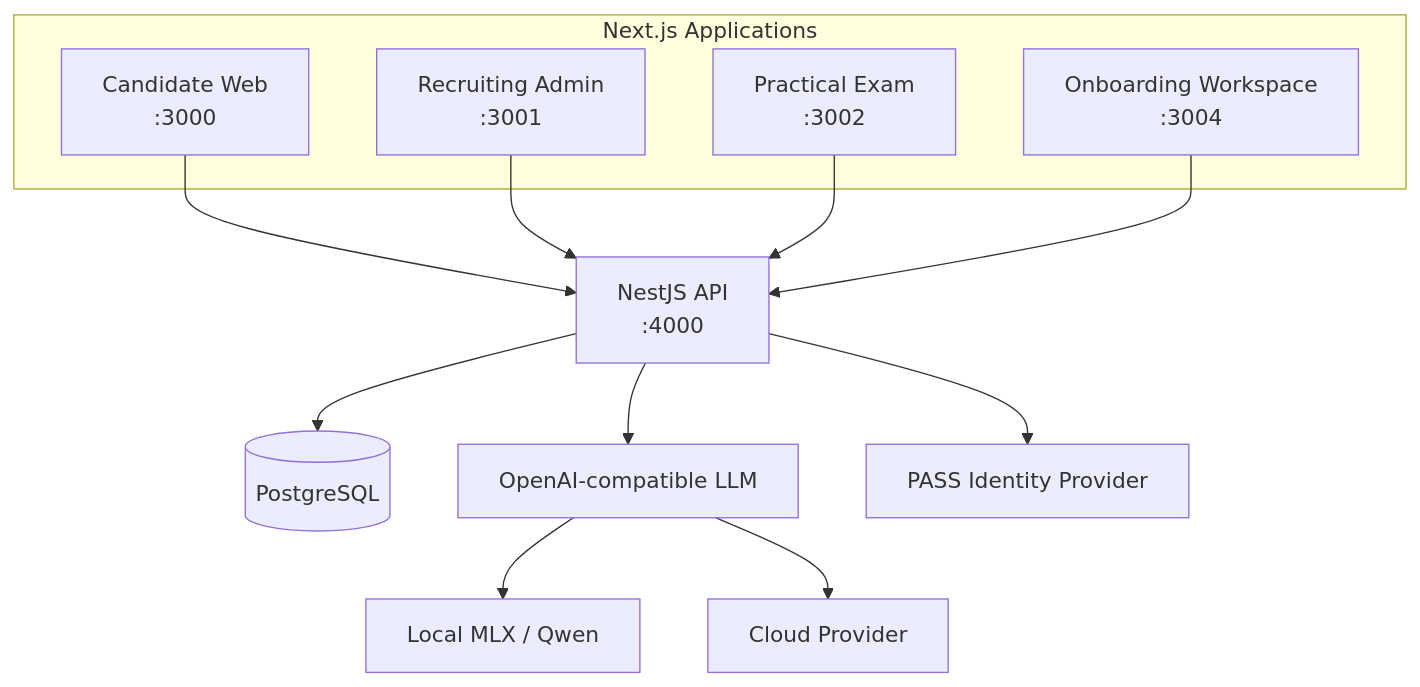
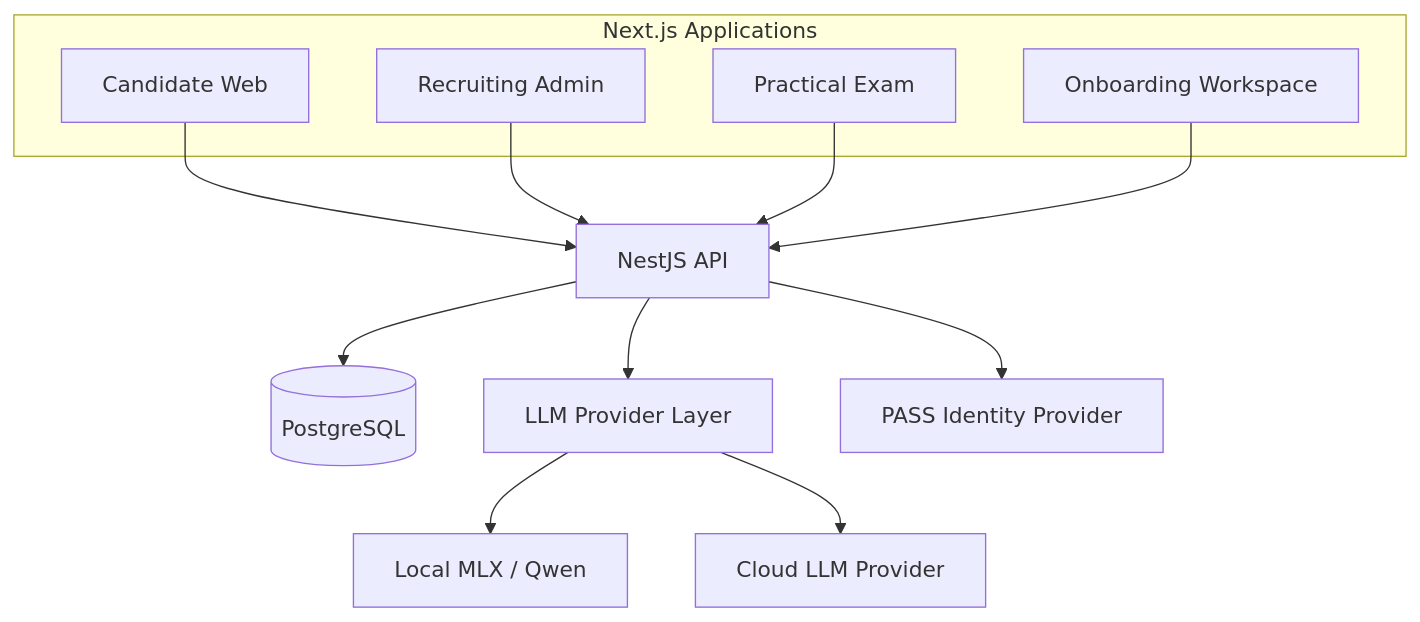
The second of 3 diagrams in README.md (innon0842/Relay_AI), drawn with Mermaid before and after one commit. The commit also changed other lines of this file, not shown here.

````diff
--- a/README.md
+++ b/README.md
@@ -74,20 +160,21 @@
 ```mermaid
 flowchart TB
     subgraph Web[Next.js Applications]
-      C[Candidate Web\n:3000]
-      A[Recruiting Admin\n:3001]
-      E[Practical Exam\n:3002]
-      O[Onboarding Workspace\n:3004]
+      C[Candidate Web]
+      A[Recruiting Admin]
+      E[Practical Exam]
+      O[Onboarding Workspace]
     end
 
     C --> API
     A --> API
     E --> API
     O --> API
 
-    API[NestJS API\n:4000] --> DB[(PostgreSQL)]
-    API --> LLM[OpenAI-compatible LLM]
+    API[NestJS API] --> DB[(PostgreSQL)]
+    API --> LLM[LLM Provider Layer]
     API --> PASS[PASS Identity Provider]
+
     LLM --> LOCAL[Local MLX / Qwen]
-    LLM --> CLOUD[Cloud Provider]
+    LLM --> CLOUD[Cloud LLM Provider]
 ```
````
